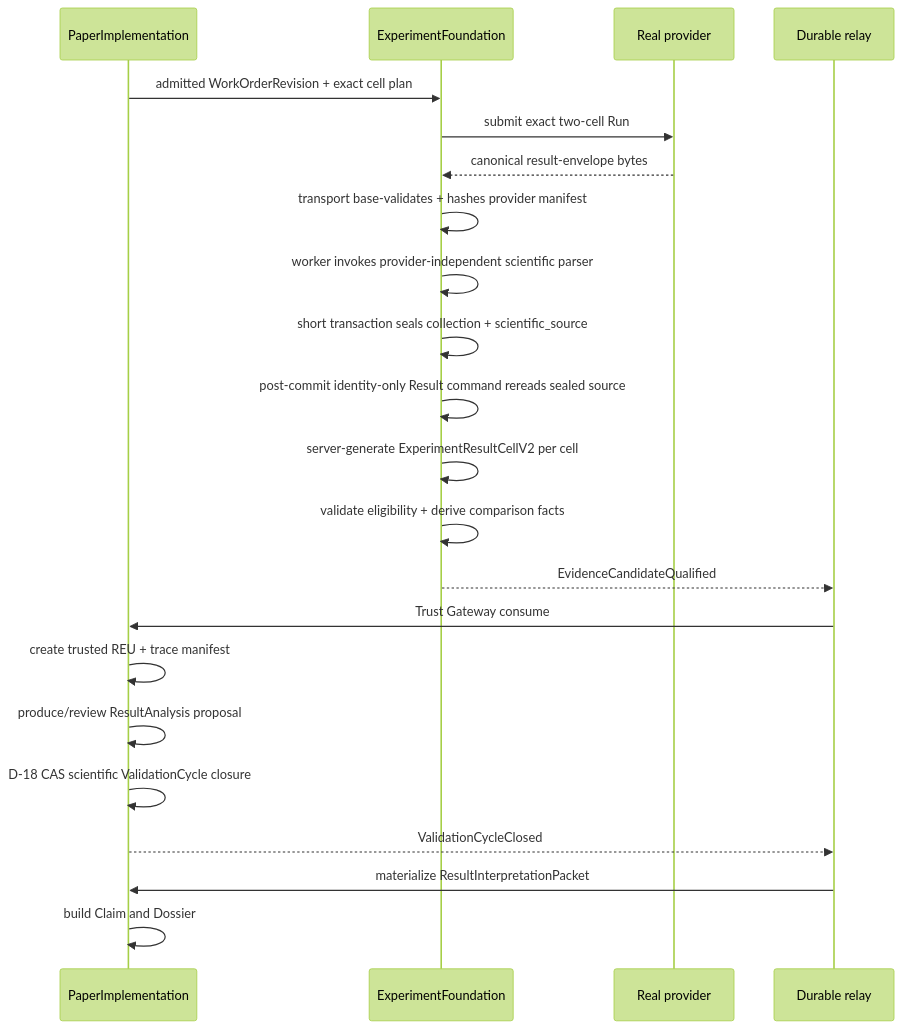
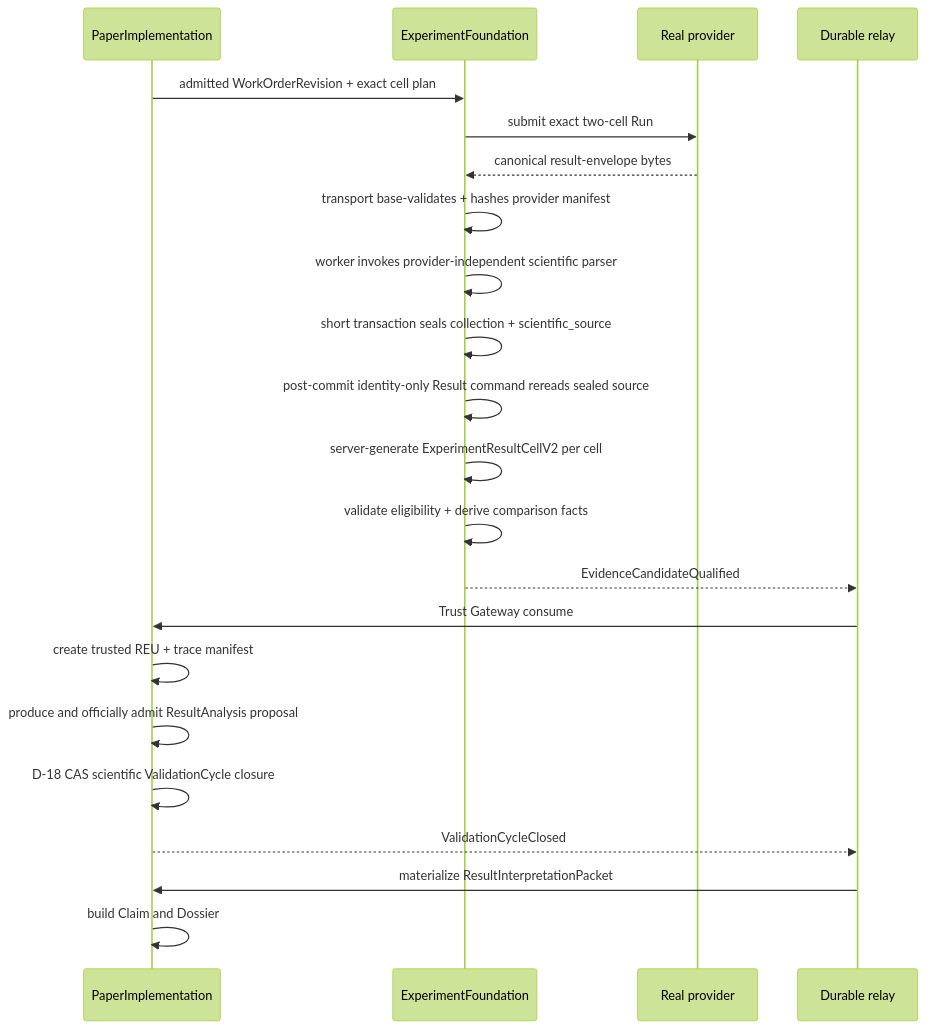
One commit to willyu1007/My-Researcher changed the diagram in dev-docs/active/scientific-evidence-to-paper-closure/02-architecture.md. Above: the diagram before and after it, drawn with Mermaid (forest theme). The commit also changed other lines of this file and 33 other files, not shown here.

````diff
--- a/dev-docs/active/scientific-evidence-to-paper-closure/02-architecture.md
+++ b/dev-docs/active/scientific-evidence-to-paper-closure/02-architecture.md
@@ -29,25 +33,25 @@
 ```mermaid
 sequenceDiagram
     participant PI as PaperImplementation
     participant EF as ExperimentFoundation
     participant PAI as Real provider
     participant Relay as Durable relay
 
     PI->>EF: admitted WorkOrderRevision + exact cell plan
     EF->>PAI: submit exact two-cell Run
     PAI-->>EF: canonical result-envelope bytes
     EF->>EF: transport base-validates + hashes provider manifest
     EF->>EF: worker invokes provider-independent scientific parser
     EF->>EF: short transaction seals collection + scientific_source
     EF->>EF: post-commit identity-only Result command rereads sealed source
     EF->>EF: server-generate ExperimentResultCellV2 per cell
     EF->>EF: validate eligibility + derive comparison facts
     EF-->>Relay: EvidenceCandidateQualified
     Relay->>PI: Trust Gateway consume
     PI->>PI: create trusted REU + trace manifest
-    PI->>PI: produce/review ResultAnalysis proposal
+    PI->>PI: produce and officially admit ResultAnalysis proposal
     PI->>PI: D-18 CAS scientific ValidationCycle closure
     PI-->>Relay: ValidationCycleClosed
     Relay->>PI: materialize ResultInterpretationPacket
     PI->>PI: build Claim and Dossier
 ```
````
